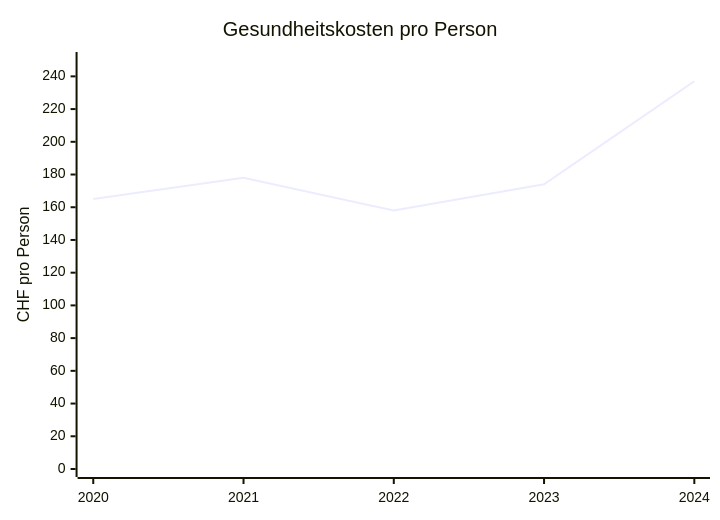
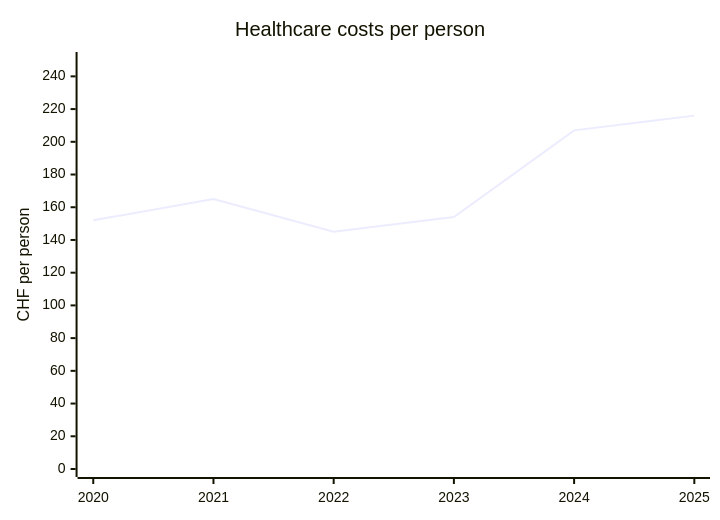
Before and after one commit to risajef/risajef.github.io: the sixth of 8 diagrams in docs/politik/finanzen-beringen.en.md, drawn with Mermaid. The commit also changed other lines of this file and 1 other file, not shown here.

````diff
--- a/docs/politik/finanzen-beringen.en.md
+++ b/docs/politik/finanzen-beringen.en.md
@@ -102,7 +102,7 @@
 ```mermaid
 xychart
-title "Gesundheitskosten pro Person"
-x-axis [2020, 2021, 2022, 2023, 2024]
-y-axis "CHF pro Person" 0 --> 250
-line [165, 178, 158, 174, 237]
+title "Healthcare costs per person"
+x-axis [2020, 2021, 2022, 2023, 2024, 2025]
+y-axis "CHF per person" 0 --> 250
+line [152, 165, 145, 154, 207, 216]
 ```
````
